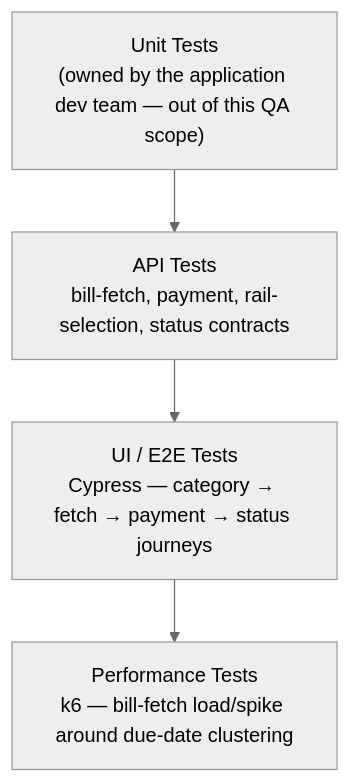
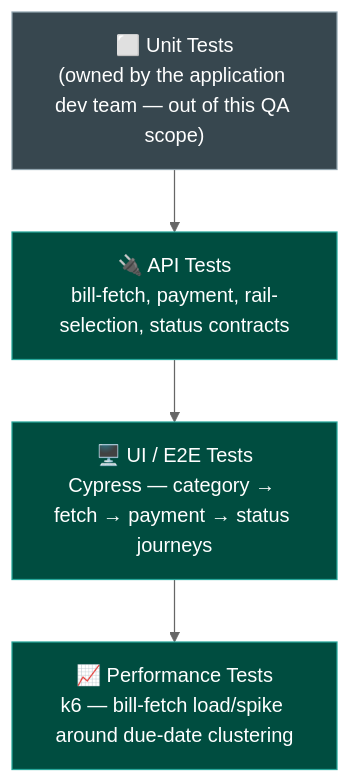
The first of 2 diagrams in docs/tech-and-skills.md (ghanendra-sdet/bbps-bill-payment-platform), drawn with Mermaid (neutral theme) before and after one commit. The commit also changed other lines of this file, not shown here.

Commit message:
docs: enrich tech-and-skills diagrams

````diff
--- a/docs/tech-and-skills.md
+++ b/docs/tech-and-skills.md
@@ -37,8 +37,14 @@
 ```mermaid
 flowchart TD
-    UNIT["Unit Tests<br/>(owned by the application dev team — out of this QA scope)"]
-    API["API Tests<br/>bill-fetch, payment, rail-selection, status contracts"]
-    UI["UI / E2E Tests<br/>Cypress — category → fetch → payment → status journeys"]
-    PERF["Performance Tests<br/>k6 — bill-fetch load/spike around due-date clustering"]
+    UNIT["⬜ Unit Tests<br/>(owned by the application dev team — out of this QA scope)"]
+    API["🔌 API Tests<br/>bill-fetch, payment, rail-selection, status contracts"]
+    UI["🖥️ UI / E2E Tests<br/>Cypress — category → fetch → payment → status journeys"]
+    PERF["📈 Performance Tests<br/>k6 — bill-fetch load/spike around due-date clustering"]
     UNIT --> API --> UI --> PERF
+
+    classDef outOfScope fill:#37474f,color:#fff,stroke:#90a4ae,stroke-width:1px
+    classDef inScope fill:#004d40,color:#fff,stroke:#26a69a,stroke-width:1px
+
+    class UNIT outOfScope
+    class API,UI,PERF inScope
 ```
````
